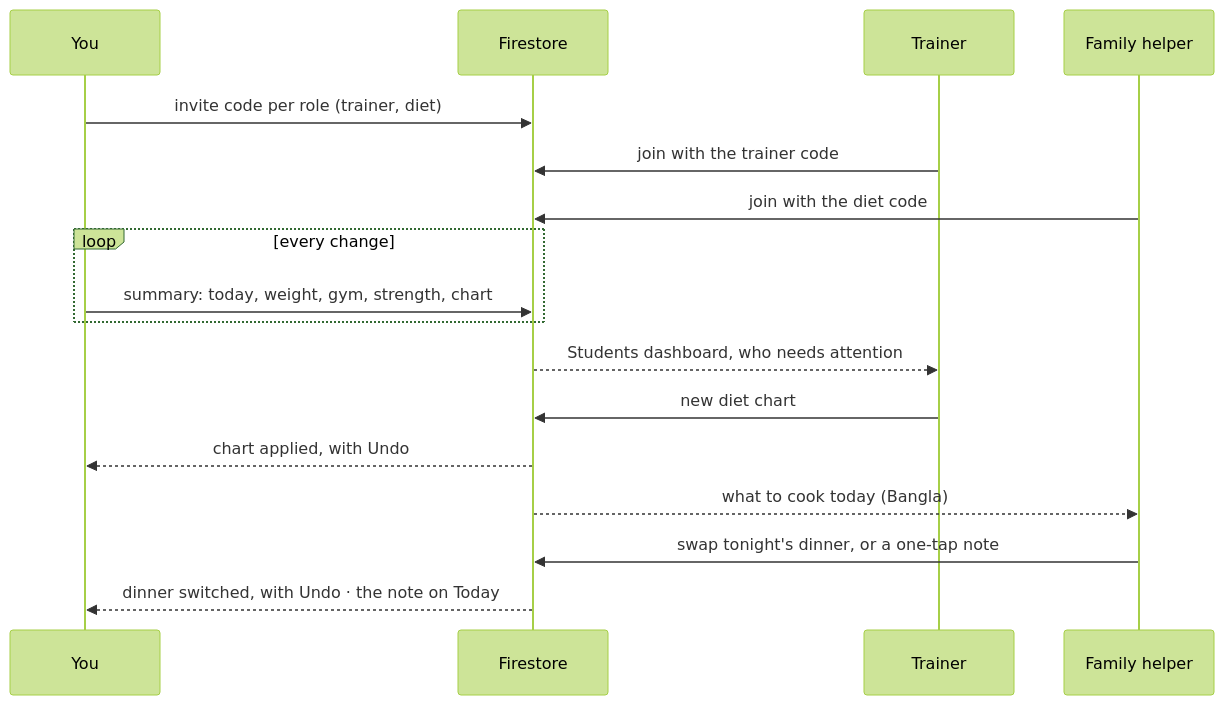
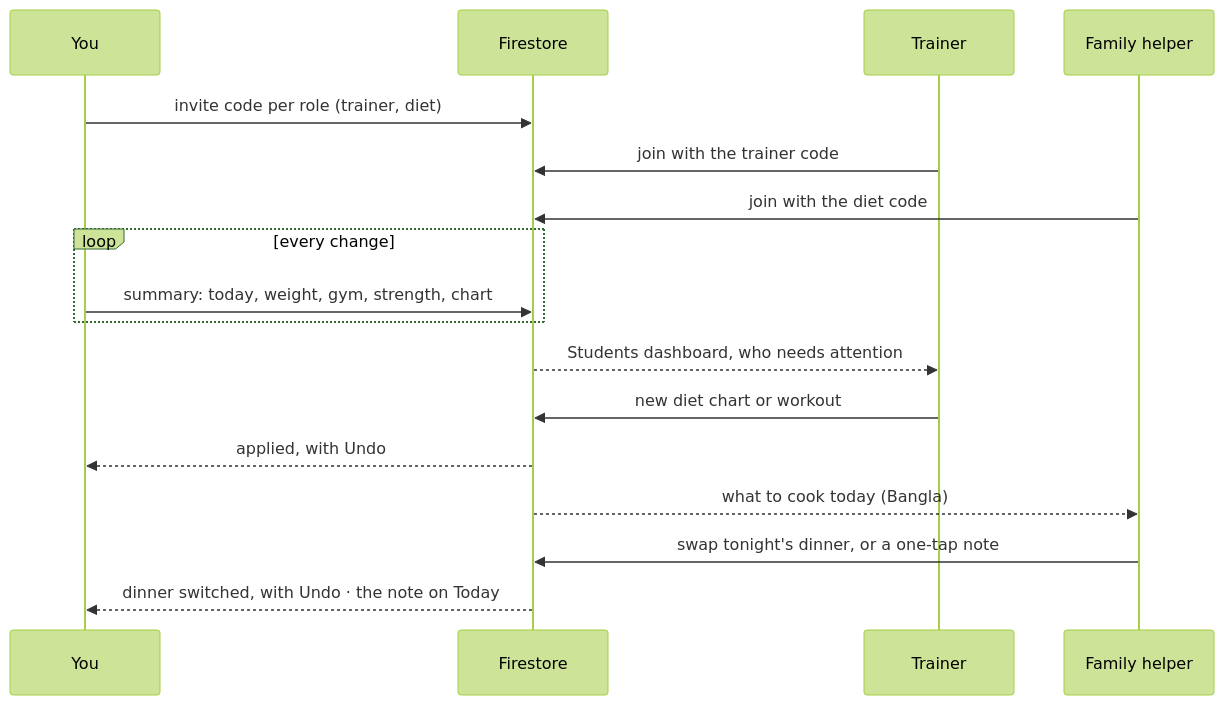
The seventh of 9 diagrams in README.md (siraajul/daur), drawn with Mermaid (forest theme) before and after one commit. The commit also changed other lines of this file and 10 other files, not shown here.

First line of the commit message:
feat(coaching): trainer edits the workout (#3)

````diff
--- a/README.md
+++ b/README.md
@@ -300,19 +300,19 @@
 ```mermaid
 sequenceDiagram
     participant You
     participant FS as Firestore
     participant Trainer
     participant Ma as Family helper
     You->>FS: invite code per role (trainer, diet)
     Trainer->>FS: join with the trainer code
     Ma->>FS: join with the diet code
     loop every change
         You->>FS: summary: today, weight, gym, strength, chart
     end
     FS-->>Trainer: Students dashboard, who needs attention
-    Trainer->>FS: new diet chart
-    FS-->>You: chart applied, with Undo
+    Trainer->>FS: new diet chart or workout
+    FS-->>You: applied, with Undo
     FS-->>Ma: what to cook today (Bangla)
     Ma->>FS: swap tonight's dinner, or a one-tap note
     FS-->>You: dinner switched, with Undo · the note on Today
 ```
````
